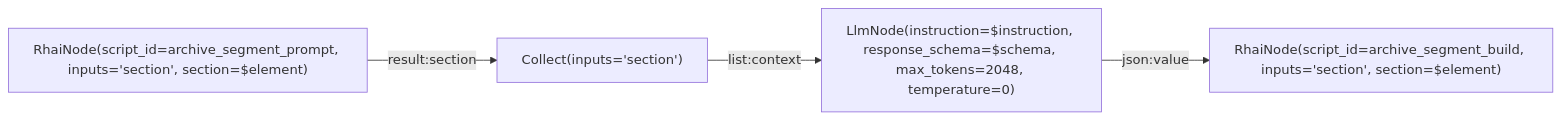
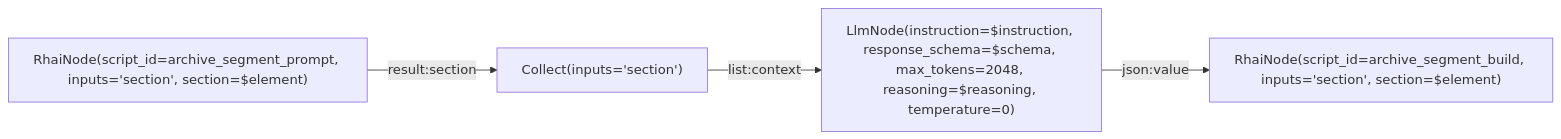
The diagram in extension/rag3weaver/templates/backends/memory/graphs/archive_segment.mmd (L-Defraiteur/rag3db), drawn with Mermaid before and after one commit. The commit also changed 4 other files, not shown here.

```diff
--- a/extension/rag3weaver/templates/backends/memory/graphs/archive_segment.mmd
+++ b/extension/rag3weaver/templates/backends/memory/graphs/archive_segment.mmd
@@ -1,15 +1,16 @@
 %% tool: archive_segment
 %% description: Splits a long section into topics (archive, param segment_over): its numbered paragraphs go to the model, which returns its topics under a schema ({topics: [{title, from, to}]}); each topic becomes a sub-section titled « <title> §from-to » whose text is its paragraphs. A model that does not return this JSON makes the call fail, naming response_schema: nothing is guessed. No topic returned: the section stays whole.
 %% param: element json! -- The long section.
 %% param: instruction string = "Split this section into topics." -- The task line of the split, set before the numbered section. The rules are in the descriptions of the schema.
+%% param: reasoning string = "low" -- The reasoning effort of the split; on Vertex it counts in the 2048 tokens of the reply.
 %% param: schema json = {"type": "object", "properties": {"topics": {"type": "array", "description": "The topics of the section, in order; each paragraph is in exactly one topic.", "items": {"type": "object", "properties": {"title": {"type": "string", "description": "The topic in a few words: a piece of work, a thing or a rule."}, "from": {"type": "integer", "description": "The first paragraph of the topic, by its [n] number, included. Neighbouring paragraphs on the same topic go together."}, "to": {"type": "integer", "description": "The last paragraph of the topic, by its [n] number, included."}}, "required": ["title", "from", "to"], "additionalProperties": false}}}, "required": ["topics"], "additionalProperties": false} -- The shape of the model reply; the meaning of each field is in its description.
 %% result: build.result
 
 graph LR
     prompt["RhaiNode(script_id=archive_segment_prompt, inputs='section', section=$element)"]
     parts["Collect(inputs='section')"]
-    model["LlmNode(instruction=$instruction, response_schema=$schema, max_tokens=2048, temperature=0)"]
+    model["LlmNode(instruction=$instruction, response_schema=$schema, max_tokens=2048, reasoning=$reasoning, temperature=0)"]
     build["RhaiNode(script_id=archive_segment_build, inputs='section', section=$element)"]
     prompt -->|result:section| parts
     parts -->|list:context| model
     model -->|json:value| build
```
